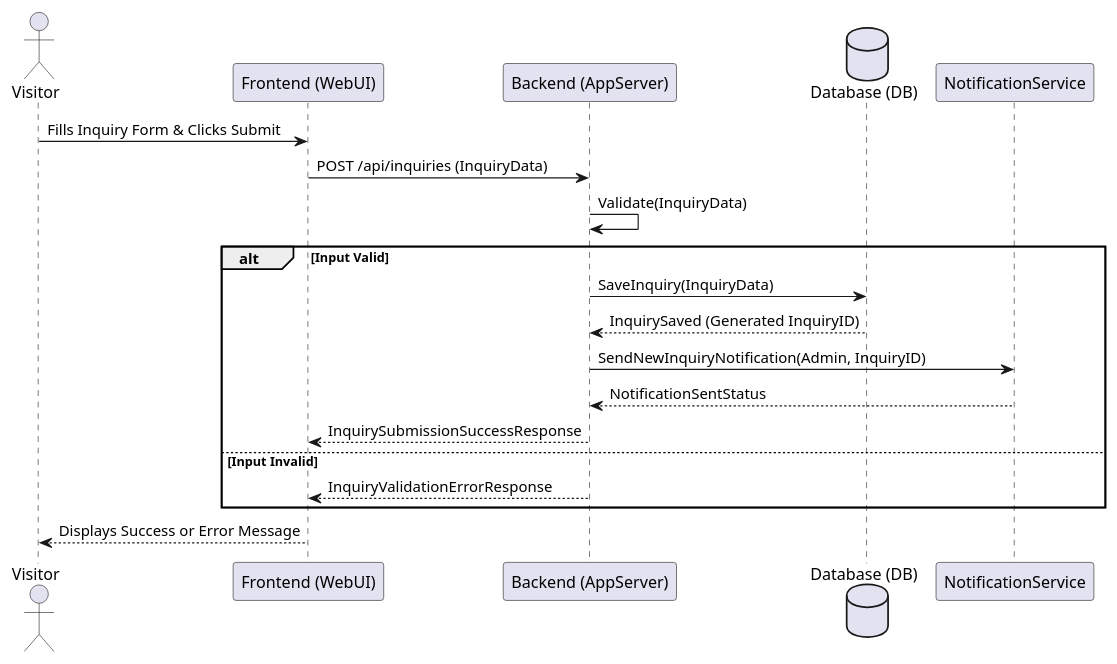
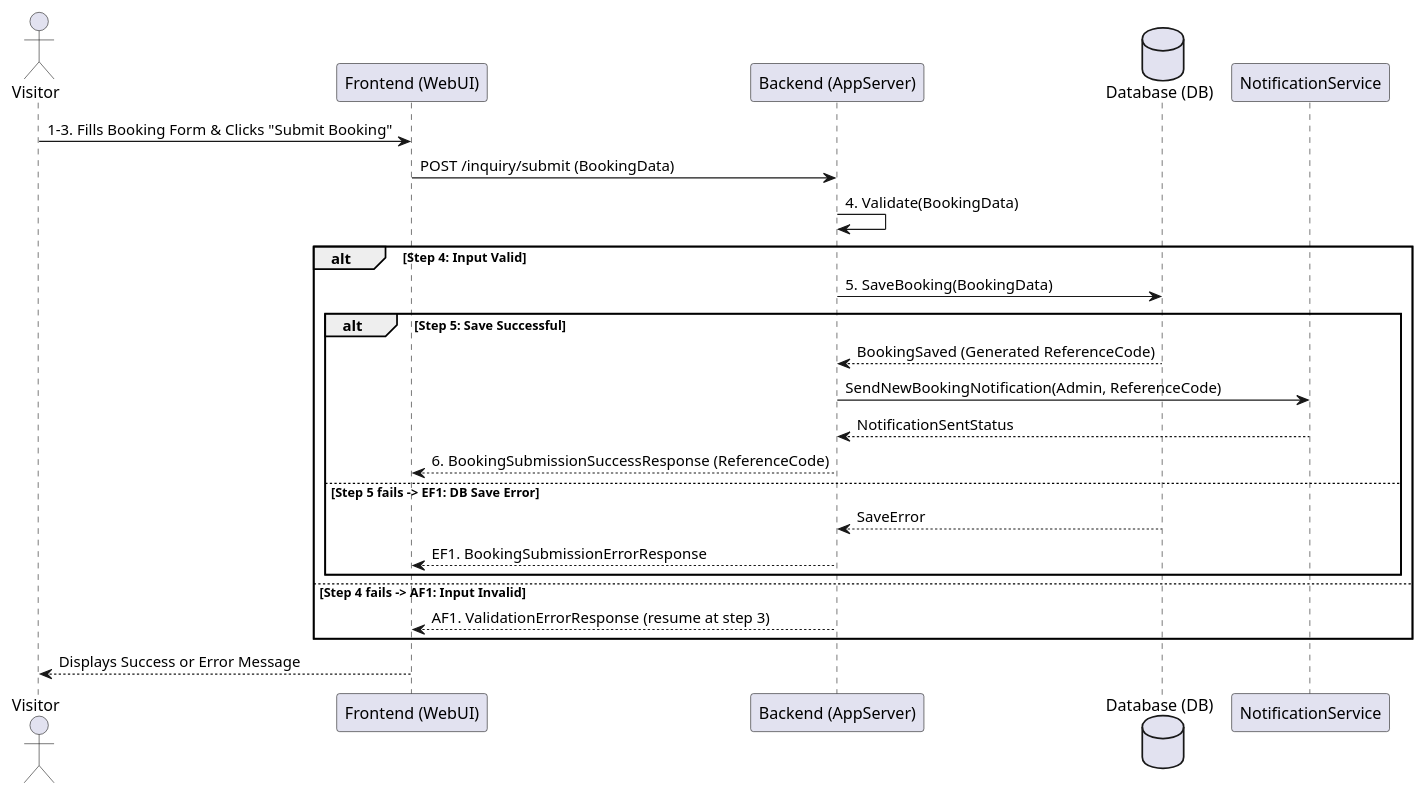
One commit to 7azmi/Al-Muneer-Portal changed diagram 12 of 36 in Academic version/appendix: SRS.md. Above: the diagram before and after it, drawn with PlantUML. The commit also changed other lines of this file and 10 other files, not shown here.

````diff
--- a/Academic version/appendix: SRS.md
+++ b/Academic version/appendix: SRS.md
@@ -691,23 +738,28 @@
 ```plantuml
 @startuml
 actor Visitor
 participant "Frontend (WebUI)" as UI
 participant "Backend (AppServer)" as App
 database "Database (DB)" as DB
 participant "NotificationService" as NS
 
-Visitor -> UI : Fills Inquiry Form & Clicks Submit
-UI -> App : POST /api/inquiries (InquiryData)
-App -> App : Validate(InquiryData)
-alt Input Valid
-  App -> DB : SaveInquiry(InquiryData)
-  DB --> App : InquirySaved (Generated InquiryID)
-  App -> NS : SendNewInquiryNotification(Admin, InquiryID)
-  NS --> App : NotificationSentStatus
-  App --> UI : InquirySubmissionSuccessResponse
-else Input Invalid
-  App --> UI : InquiryValidationErrorResponse
+Visitor -> UI : 1-3. Fills Booking Form & Clicks "Submit Booking"
+UI -> App : POST /inquiry/submit (BookingData)
+App -> App : 4. Validate(BookingData)
+alt Step 4: Input Valid
+  App -> DB : 5. SaveBooking(BookingData)
+  alt Step 5: Save Successful
+    DB --> App : BookingSaved (Generated ReferenceCode)
+    App -> NS : SendNewBookingNotification(Admin, ReferenceCode)
+    NS --> App : NotificationSentStatus
+    App --> UI : 6. BookingSubmissionSuccessResponse (ReferenceCode)
+  else Step 5 fails -> EF1: DB Save Error
+    DB --> App : SaveError
+    App --> UI : EF1. BookingSubmissionErrorResponse
+  end
+else Step 4 fails -> AF1: Input Invalid
+  App --> UI : AF1. ValidationErrorResponse (resume at step 3)
 end
 UI --> Visitor : Displays Success or Error Message
 @enduml
 ```
````
